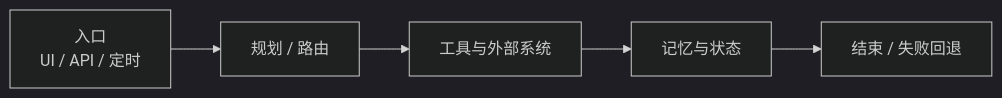
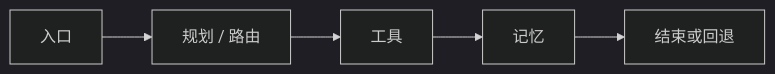
One commit to Duang777/duangblog changed the first of 2 diagrams in src/content/posts/how-i-break-down-agent-projects.md. Above: the diagram before and after it, drawn with Mermaid (dark theme). The commit also changed 1 other file, not shown here.

Commit message:
Fix Mermaid parse error caused by Copy button on diagram blocks

````diff
--- a/src/content/posts/how-i-break-down-agent-projects.md
+++ b/src/content/posts/how-i-break-down-agent-projects.md
@@ -26,7 +26,7 @@
 ```mermaid
 flowchart LR
-  入口[入口<br/>UI / API / 定时] --> 规划[规划 / 路由]
-  规划 --> 工具[工具与外部系统]
-  工具 --> 记忆[记忆与状态]
-  记忆 --> 结束[结束 / 失败回退]
+  entry["入口"] --> plan["规划 / 路由"]
+  plan --> tools["工具"]
+  tools --> memory["记忆"]
+  memory --> done["结束或回退"]
 ```
````
